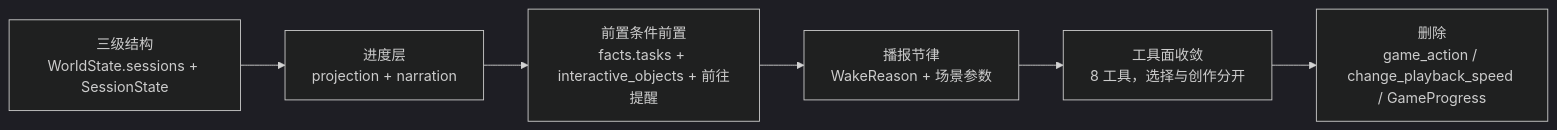
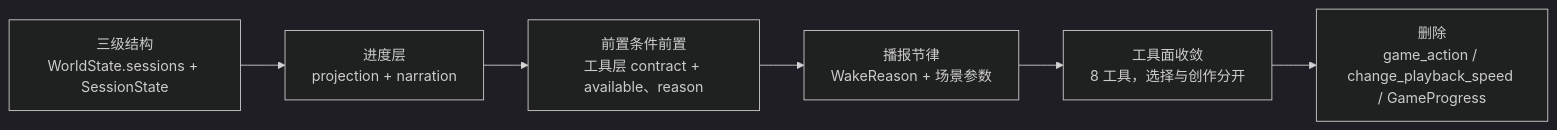
The fifth of 5 diagrams in docs/dev/SPEC-agent-interaction.md (HoldThatThgt/WorldMock), drawn with Mermaid (dark theme) before and after one commit. The commit also changed other lines of this file and 3 other files, not shown here.

````diff
--- a/docs/dev/SPEC-agent-interaction.md
+++ b/docs/dev/SPEC-agent-interaction.md
@@ -542,8 +554,8 @@
 ```mermaid
 flowchart LR
     A["三级结构<br/>WorldState.sessions + SessionState"] --> B["进度层<br/>projection + narration"]
-    B --> C["前置条件前置<br/>facts.tasks + interactive_objects + 前往提醒"]
+    B --> C["前置条件前置<br/>工具层 contract + available、reason"]
     C --> D["播报节律<br/>WakeReason + 场景参数"]
     D --> E["工具面收敛<br/>8 工具，选择与创作分开"]
     E --> F["删除<br/>game_action / change_playback_speed / GameProgress"]
 ```
````
